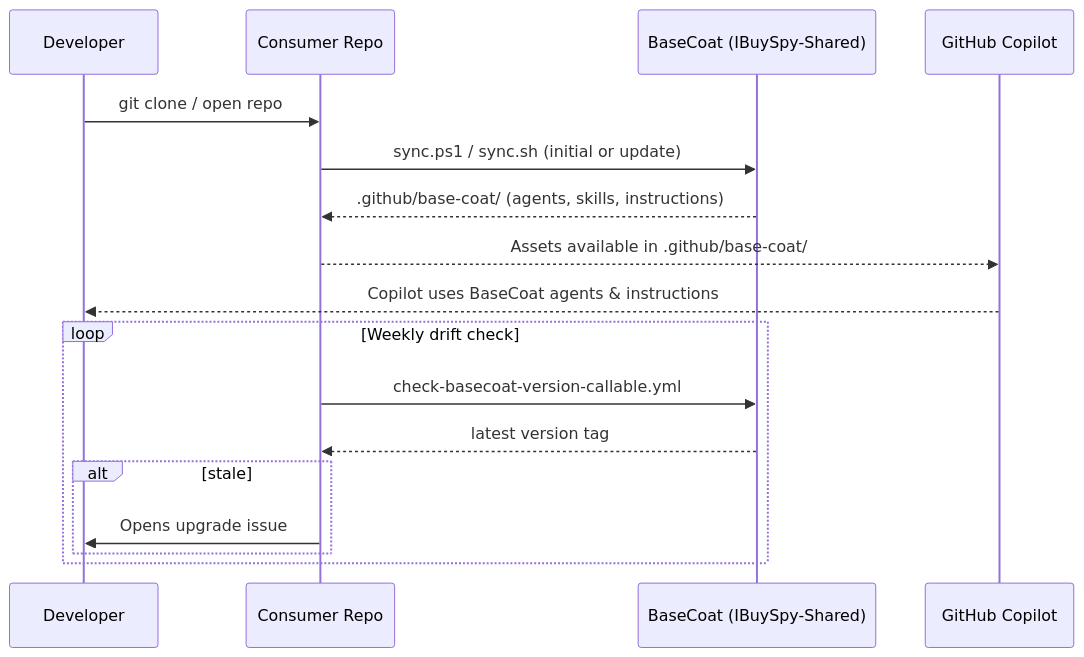
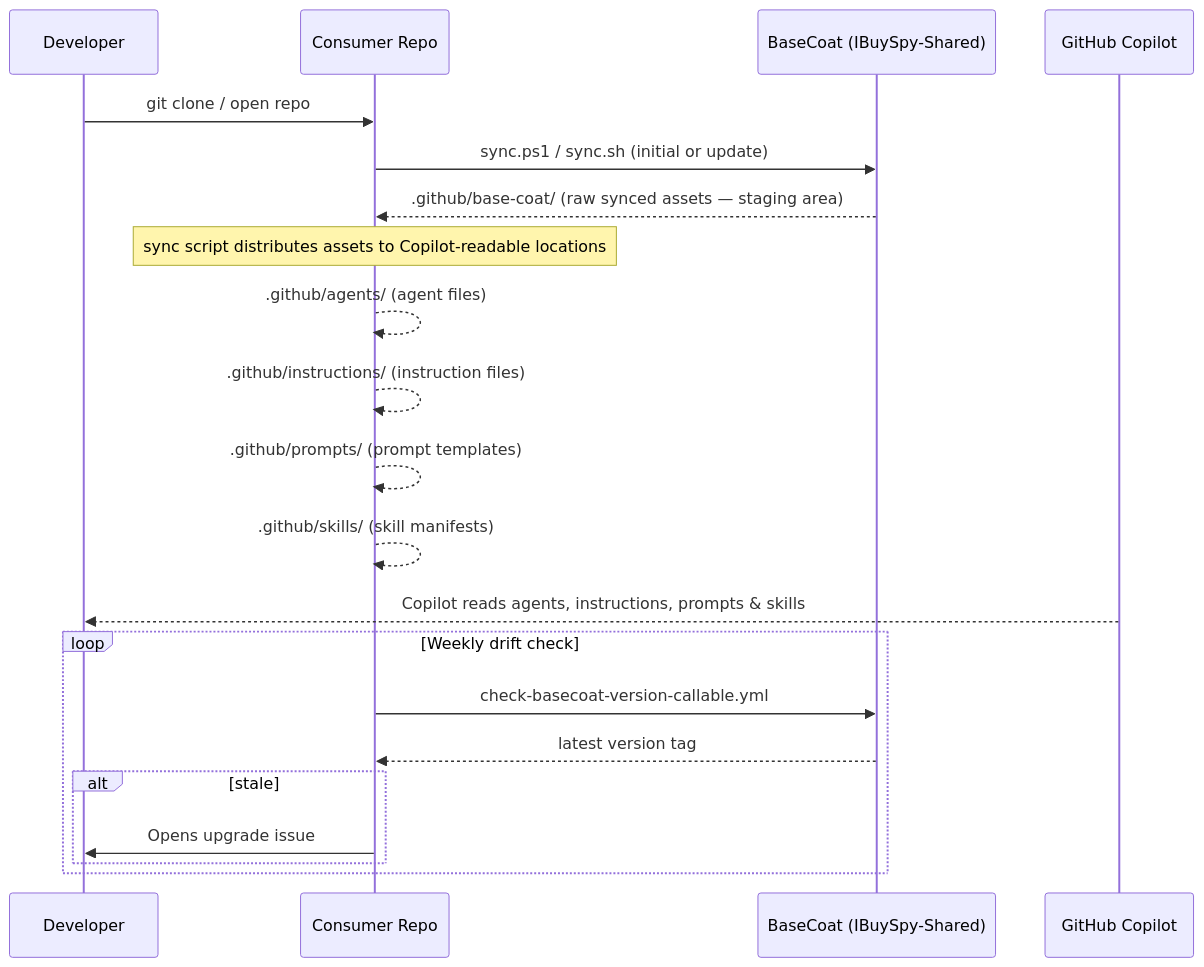
The third of 4 diagrams in docs/architecture/overview.md (IBuySpy-Shared/basecoat), drawn with Mermaid before and after one commit. The commit also changed 1 other file, not shown here.

Commit message:
docs: document sync script env vars and replace tokens (#716, #707) (#739)
* docs: add Copilot-readable destinations to sync lifecycle diagram (#707)

Show .github/agents/, .github/instructions/, .github/prompts/, .github/skills/
as explicit destinations in the sync flow diagram.

* docs: document sync script env vars and replace tokens (#716)

Add environment variable reference table and replace token documentation
to consumer-sync.md.

- Table covering BASECOAT_REPO, BASECOAT_REF, BASECOAT_TARGET_DIR with
  required/optional status, defaults, and descriptions
- Section explaining the YOUR-ORG placeholder in the default BASECOAT_REPO
  URL and the two options for resolving it (env var vs direct edit)
- Clarification that assets are copied verbatim (no token substitution)
- Expand 'What gets synced' to mention .github/ mirror and .agents/skills/

---------

````diff
--- a/docs/architecture/overview.md
+++ b/docs/architecture/overview.md
@@ -65,21 +65,25 @@
 ```mermaid
 sequenceDiagram
     participant Dev as Developer
     participant CR as Consumer Repo
     participant BC as BaseCoat (IBuySpy-Shared)
     participant CP as GitHub Copilot
 
     Dev->>CR: git clone / open repo
     CR->>BC: sync.ps1 / sync.sh (initial or update)
-    BC-->>CR: .github/base-coat/ (agents, skills, instructions)
-    CR-->>CP: Assets available in .github/base-coat/
-    CP-->>Dev: Copilot uses BaseCoat agents & instructions
+    BC-->>CR: .github/base-coat/ (raw synced assets — staging area)
+    Note over CR: sync script distributes assets to Copilot-readable locations
+    CR-->>CR: .github/agents/ (agent files)
+    CR-->>CR: .github/instructions/ (instruction files)
+    CR-->>CR: .github/prompts/ (prompt templates)
+    CR-->>CR: .github/skills/ (skill manifests)
+    CP-->>Dev: Copilot reads agents, instructions, prompts & skills
 
     loop Weekly drift check
         CR->>BC: check-basecoat-version-callable.yml
         BC-->>CR: latest version tag
         alt stale
             CR->>Dev: Opens upgrade issue
         end
     end
 ```
````
